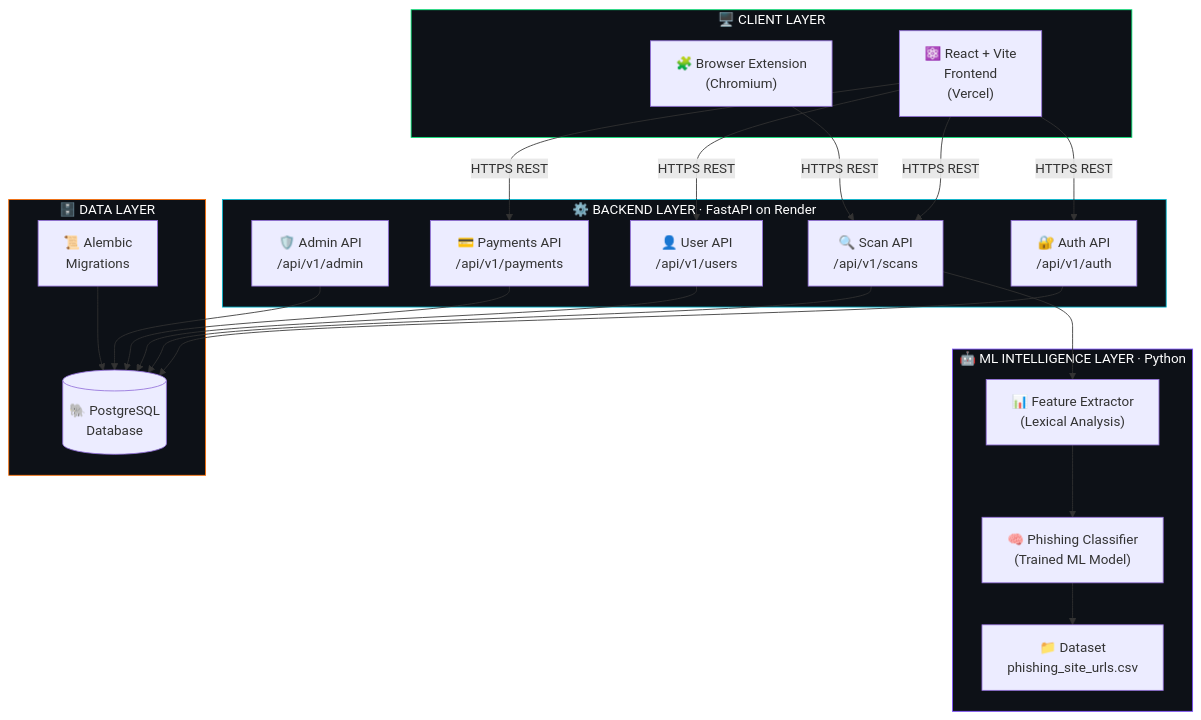
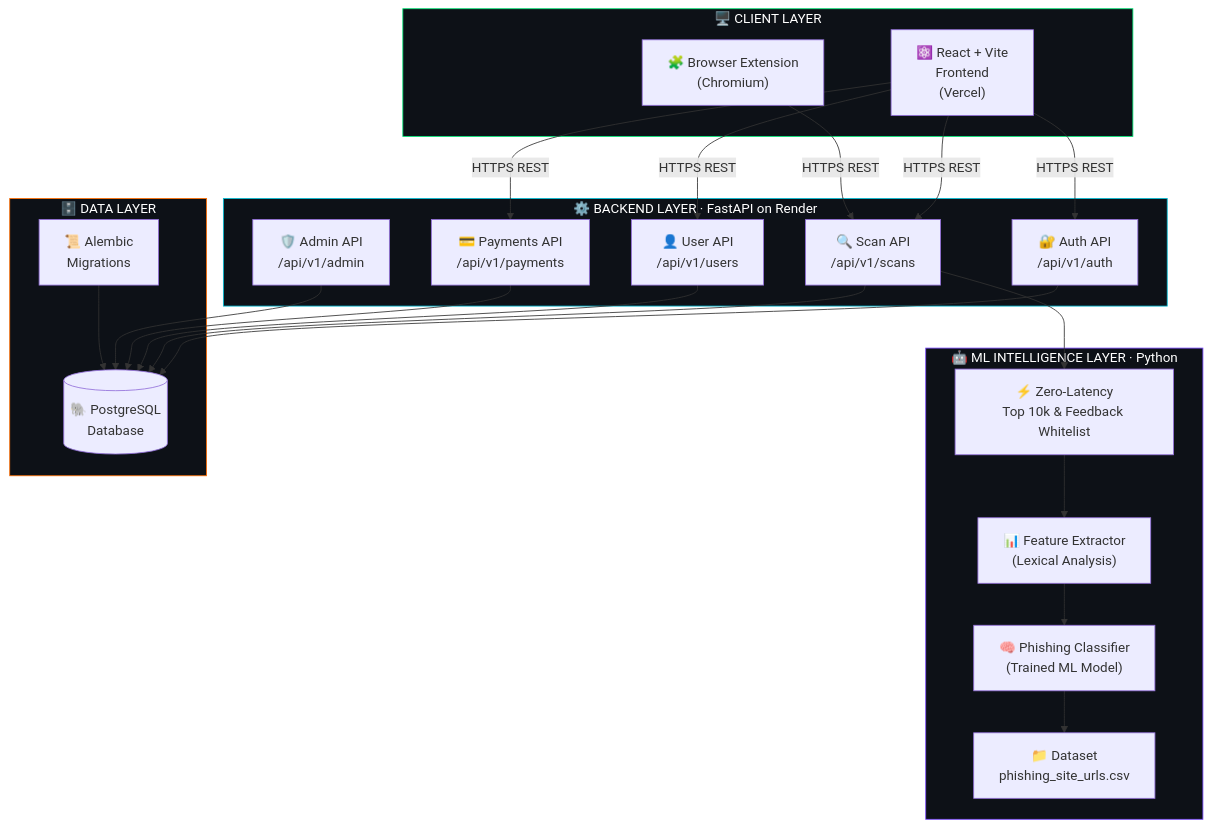
The diagram in README.md (Uditpandya07/PhishX), drawn with Mermaid before and after one commit. The commit also changed other lines of this file, not shown here.

Commit message:
docs: update readme with dynamic whitelisting features

````diff
--- a/README.md
+++ b/README.md
@@ -171,37 +171,38 @@
 ```mermaid
 graph TD
     subgraph CLIENT["🖥️  CLIENT LAYER"]
         A["⚛️ React + Vite\nFrontend\n(Vercel)"]
         B["🧩 Browser Extension\n(Chromium)"]
     end
 
     subgraph BACKEND["⚙️  BACKEND LAYER  ·  FastAPI on Render"]
         C["🔐 Auth API\n/api/v1/auth"]
         D["🔍 Scan API\n/api/v1/scans"]
         E["👤 User API\n/api/v1/users"]
         F["💳 Payments API\n/api/v1/payments"]
         G["🛡️ Admin API\n/api/v1/admin"]
     end
 
     subgraph INTELLIGENCE["🤖  ML INTELLIGENCE LAYER  ·  Python"]
         H["📊 Feature Extractor\n(Lexical Analysis)"]
         I["🧠 Phishing Classifier\n(Trained ML Model)"]
         J["📁 Dataset\nphishing_site_urls.csv"]
+        W["⚡ Zero-Latency\nTop 10k & Feedback Whitelist"]
     end
 
     subgraph DATA["🗄️  DATA LAYER"]
         K[("🐘 PostgreSQL\nDatabase")]
         L["📜 Alembic\nMigrations"]
     end
 
     A -- "HTTPS REST" --> C & D & E & F
     B -- "HTTPS REST" --> D
-    D --> H --> I --> J
+    D --> W --> H --> I --> J
     C & D & E & F & G --> K
     L --> K
 
     style CLIENT fill:#0d1117,stroke:#00E676,color:#ffffff
     style BACKEND fill:#0d1117,stroke:#00BCD4,color:#ffffff
     style INTELLIGENCE fill:#0d1117,stroke:#7C4DFF,color:#ffffff
     style DATA fill:#0d1117,stroke:#FF6D00,color:#ffffff
 ```
````
